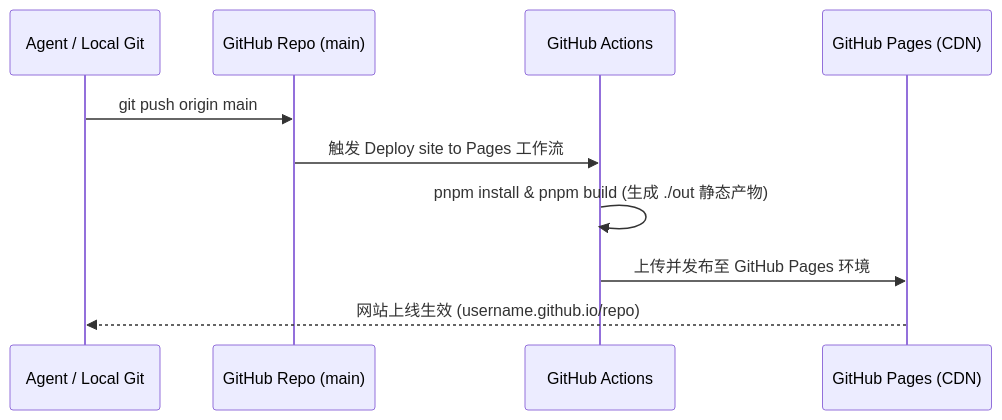
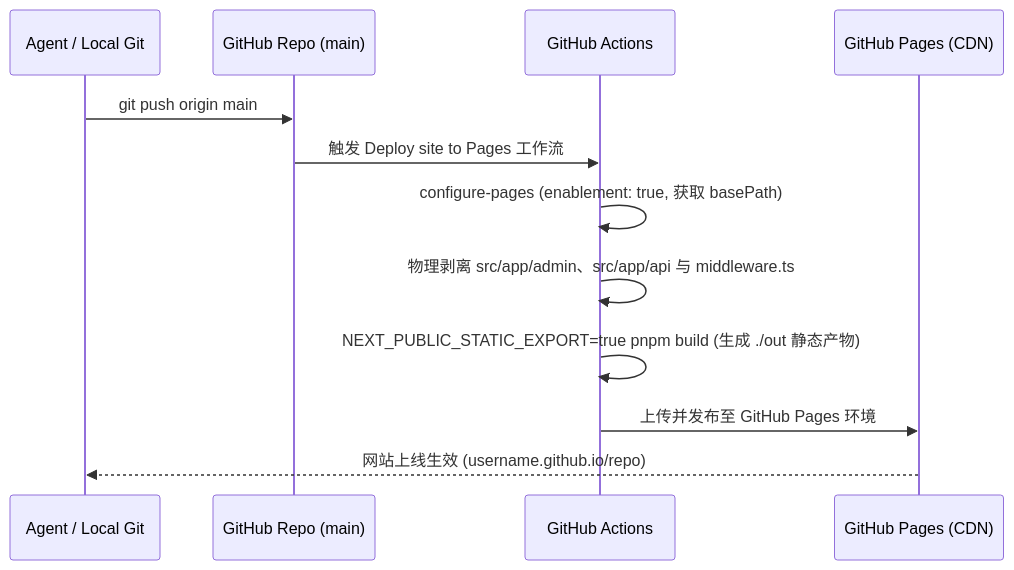
One commit to TfiyuenLau/Photography-Portfolio changed the diagram in AGENTS.md. Above: the diagram before and after it, drawn with Mermaid. The commit also changed other lines of this file and 8 other files, not shown here.

Commit message:
fix(ci): enable GitHub Pages static export, strip admin routes in CI, and remove login password hint

````diff
--- a/AGENTS.md
+++ b/AGENTS.md
@@ -163,13 +166,15 @@
 ```mermaid
 sequenceDiagram
     participant Agent as Agent / Local Git
     participant GitHub as GitHub Repo (main)
     participant Actions as GitHub Actions
     participant Pages as GitHub Pages (CDN)
 
     Agent->>GitHub: git push origin main
     GitHub->>Actions: 触发 Deploy site to Pages 工作流
-    Actions->>Actions: pnpm install & pnpm build (生成 ./out 静态产物)
+    Actions->>Actions: configure-pages (enablement: true, 获取 basePath)
+    Actions->>Actions: 物理剥离 src/app/admin、src/app/api 与 middleware.ts
+    Actions->>Actions: NEXT_PUBLIC_STATIC_EXPORT=true pnpm build (生成 ./out 静态产物)
     Actions->>Pages: 上传并发布至 GitHub Pages 环境
     Pages-->>Agent: 网站上线生效 (username.github.io/repo)
 ```
````
